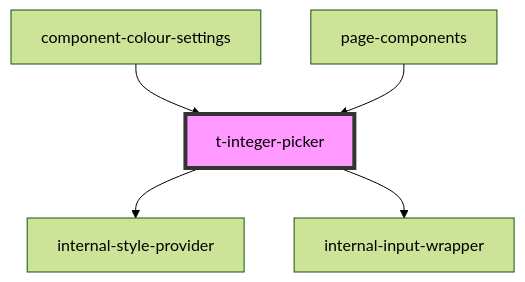
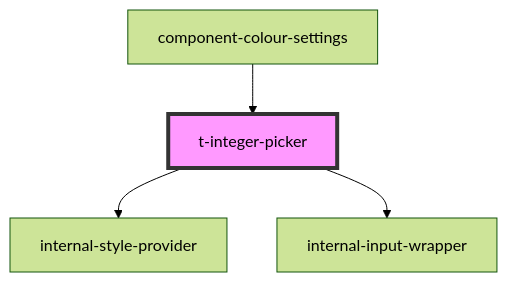
Before and after one commit to TomasEng/web-components: the diagram in packages/t-web-components/src/components/t-integer-picker/readme.md, drawn with Mermaid (forest theme). The commit also changed other lines of this file and 27 other files, not shown here.

````diff
--- a/packages/t-web-components/src/components/t-integer-picker/readme.md
+++ b/packages/t-web-components/src/components/t-integer-picker/readme.md
@@ -39,8 +38,7 @@
 ```mermaid
 graph TD;
   t-integer-picker --> internal-style-provider
   t-integer-picker --> internal-input-wrapper
   component-colour-settings --> t-integer-picker
-  page-components --> t-integer-picker
   style t-integer-picker fill:#f9f,stroke:#333,stroke-width:4px
 ```
````
